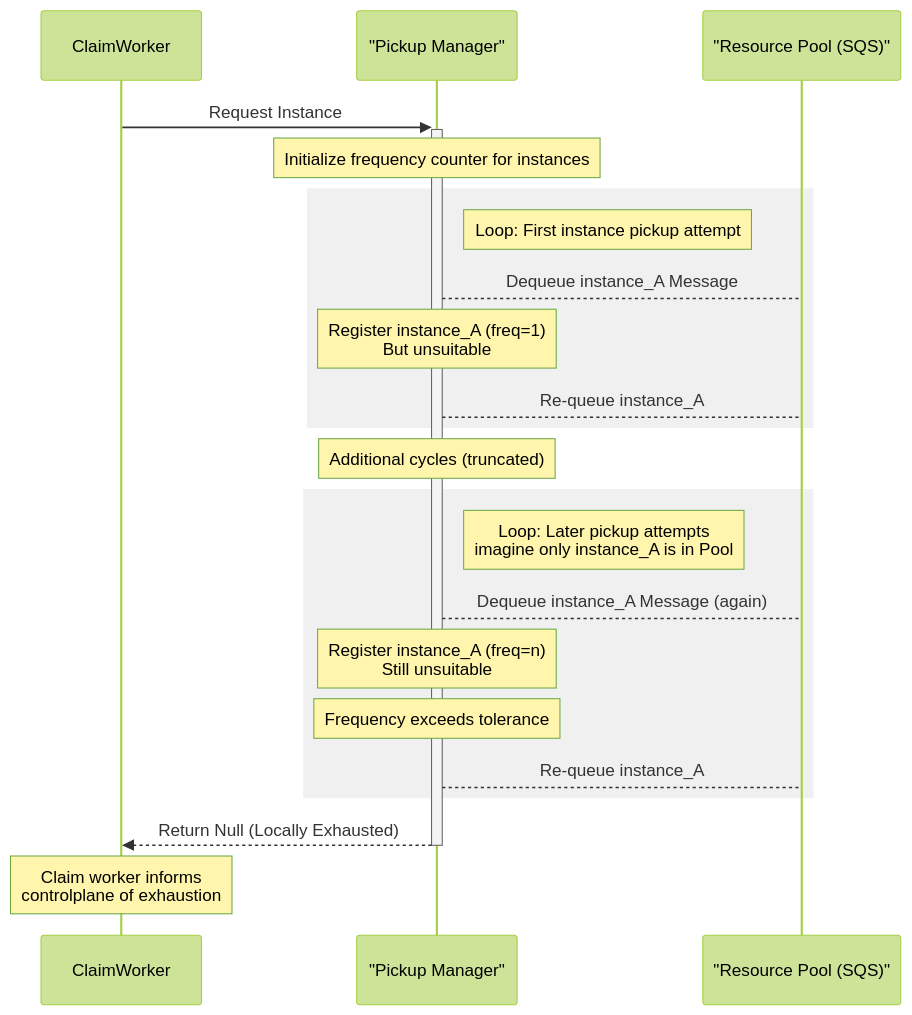
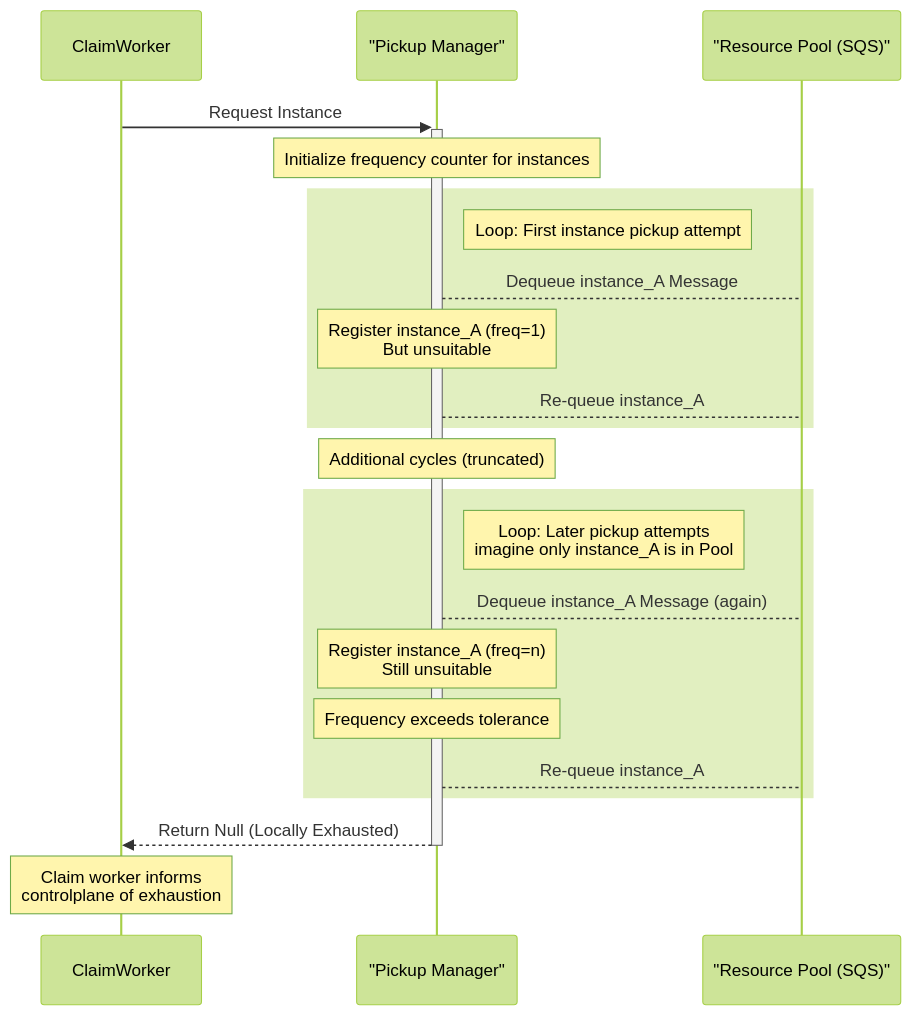
Before and after one commit to fleet-actions/ec2-runner-pool-manager: the third of 3 diagrams in docs/architecture/provision/selection/pickup-manager.md, drawn with Mermaid (forest theme). The commit also changed 1 other file, not shown here.

Commit message:
docs(provision): clarify post-provisioning logic

````diff
--- a/docs/architecture/provision/selection/pickup-manager.md
+++ b/docs/architecture/provision/selection/pickup-manager.md
@@ -94,33 +94,33 @@
     ```mermaid
     sequenceDiagram
         participant ClaimWorker
         participant PM as "Pickup Manager"
         participant SQS_Pool as "Resource Pool (SQS)"
 
         ClaimWorker->>+PM: Request Instance
         
         Note over PM: Initialize frequency counter for instances
 
-        rect rgb(240, 240, 240)
+        rect 
             Note right of PM: Loop: First instance pickup attempt
             PM-->SQS_Pool: Dequeue instance_A Message
             
             Note over PM: Register instance_A (freq=1)<br>But unsuitable
             PM-->SQS_Pool: Re-queue instance_A
             
         end
 
         Note over PM: Additional cycles (truncated)
 
-        rect rgb(240, 240, 240)
+        rect
             Note right of PM: Loop: Later pickup attempts <br> imagine only instance_A is in Pool
             PM-->SQS_Pool: Dequeue instance_A Message (again)
             
             Note over PM: Register instance_A (freq=n)<br>Still unsuitable
             Note over PM: Frequency exceeds tolerance
             PM-->SQS_Pool: Re-queue instance_A
         end
 
         PM-->>-ClaimWorker: Return Null (Locally Exhausted)
         Note over ClaimWorker: Claim worker informs <br>controlplane of exhaustion
     ```
````
